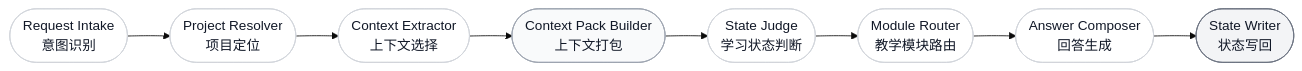
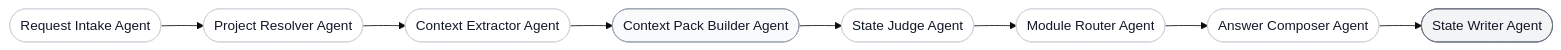
The second of 2 diagrams in README.md (GuoChencheng/AI-learning-OS), drawn with Mermaid (base theme) before and after one commit. The commit also changed other lines of this file, not shown here.

````diff
--- a/README.md
+++ b/README.md
@@ -105,20 +127,18 @@
 ```mermaid
 graph LR
-  A([Request Intake<br/>意图识别])
-  B([Project Resolver<br/>项目定位])
-  C([Context Extractor<br/>上下文选择])
-  D([Context Pack Builder<br/>上下文打包])
-  E([State Judge<br/>学习状态判断])
-  F([Module Router<br/>教学模块路由])
-  G([Answer Composer<br/>回答生成])
-  H([State Writer<br/>状态写回])
+  A([Request Intake Agent])
+  B([Project Resolver Agent])
+  C([Context Extractor Agent])
+  D([Context Pack Builder Agent])
+  E([State Judge Agent])
+  F([Module Router Agent])
+  G([Answer Composer Agent])
+  H([State Writer Agent])
 
   A --> B --> C --> D --> E --> F --> G --> H
 
   classDef agent fill:#ffffff,stroke:#d1d5db,color:#111827,stroke-width:1px;
-  classDef memory fill:#f9fafb,stroke:#9ca3af,color:#111827,stroke-width:1px;
-
   class A,B,C,D,E,F,G,H agent;
   style D fill:#f9fafb,stroke:#9ca3af
   style H fill:#f3f4f6,stroke:#6b7280
 ```
````
